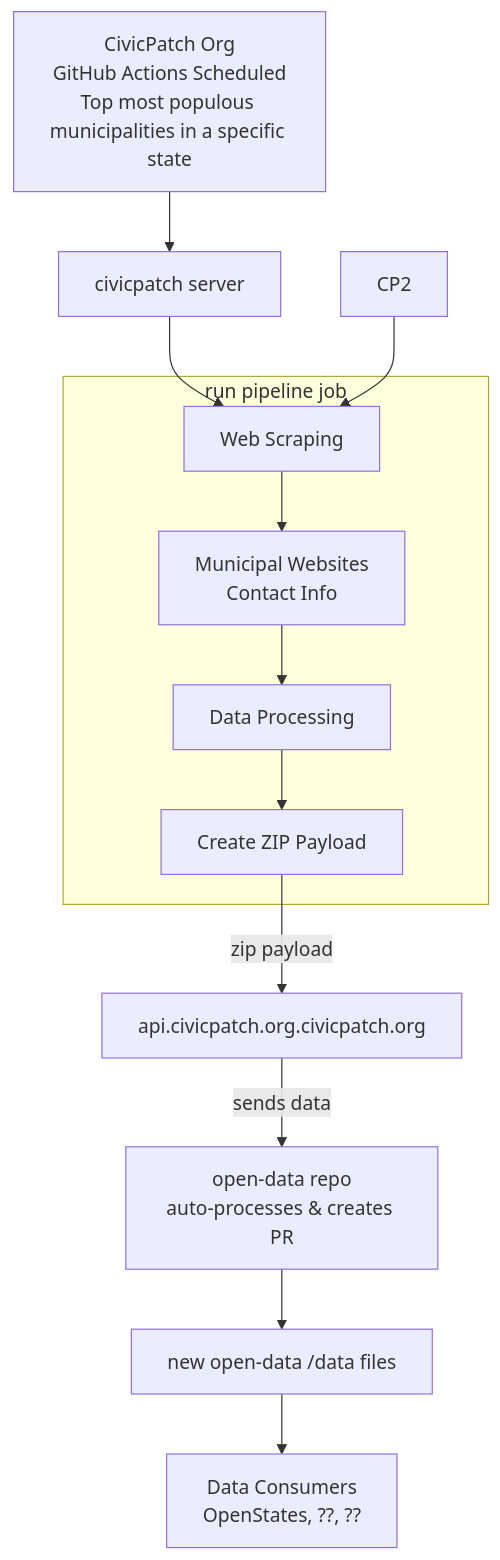
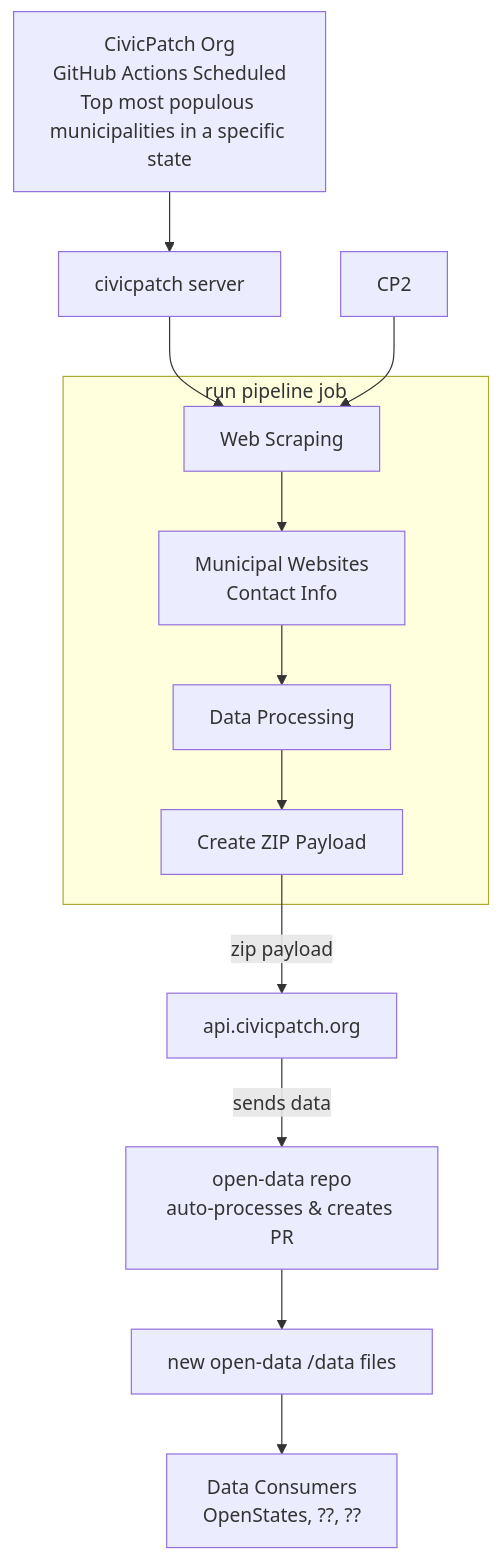
The diagram in README.md (CivicPatch/civicpatch-tools), drawn with Mermaid before and after one commit. The commit also changed 8 other files, not shown here.

````diff
--- a/README.md
+++ b/README.md
@@ -32,28 +32,28 @@
 ```mermaid
 graph TD
     %% Trigger Sources
     A1[CivicPatch Org<br/>GitHub Actions Scheduled<br/>Top most populous municipalities in a specific state] 
     
     %% civicpatch servers with internal pipeline
     A1 --> CP1[civicpatch server]
     
     subgraph "run pipeline job"
         SCRAPE[Web Scraping] --> S[Municipal Websites<br/>Contact Info]
         S --> PROCESS[Data Processing]
         PROCESS --> ZIP[Create ZIP Payload]
     end
     
     %% Data flow to api.civicpatch.org
     CP1 --> SCRAPE
     CP2 --> SCRAPE
-    ZIP -->|zip payload| C[api.civicpatch.org.civicpatch.org]
+    ZIP -->|zip payload| C[api.civicpatch.org]
     
     %% Simplified: api.civicpatch.org sends to open-data, which auto-processes
     C -->|sends data| OD[open-data repo<br/>auto-processes & creates PR]
     
     %% Final data available
     OD --> DATA["new open-data /data files"]
     
     %% Data consumers
     DATA --> DC[Data Consumers<br/>OpenStates, ??, ??]
 ```
````
